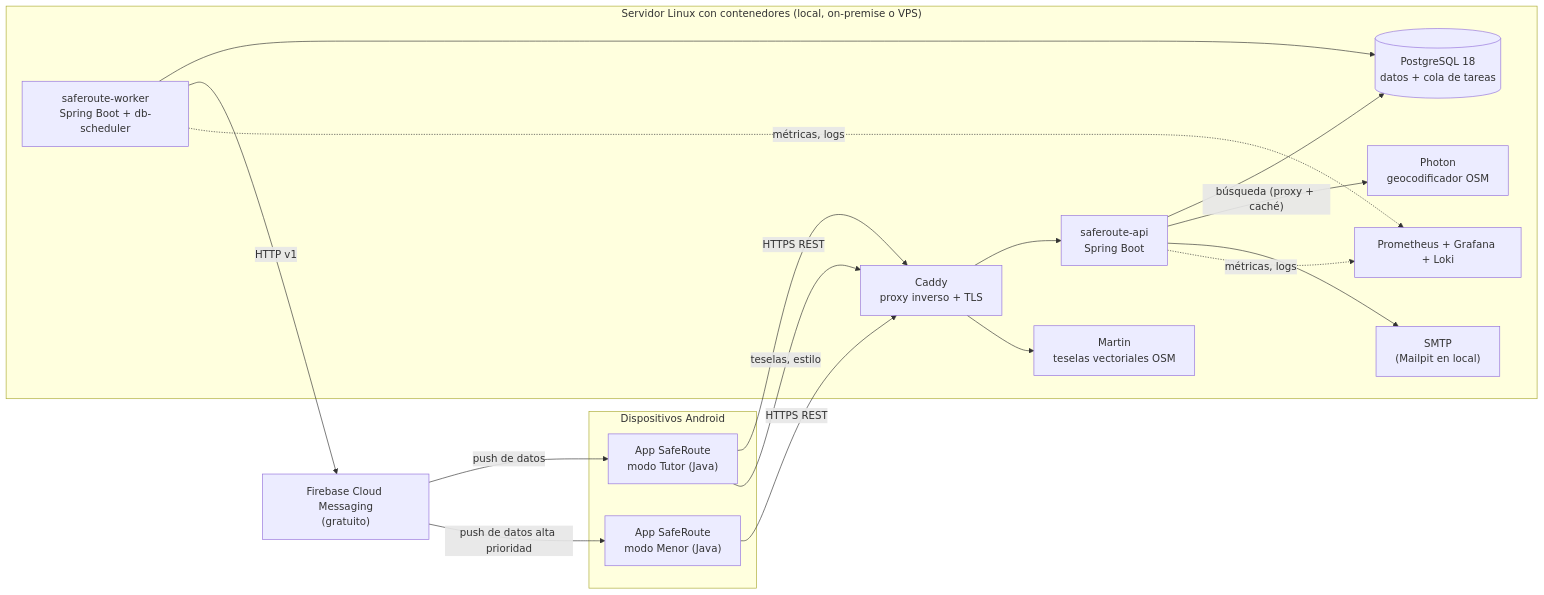
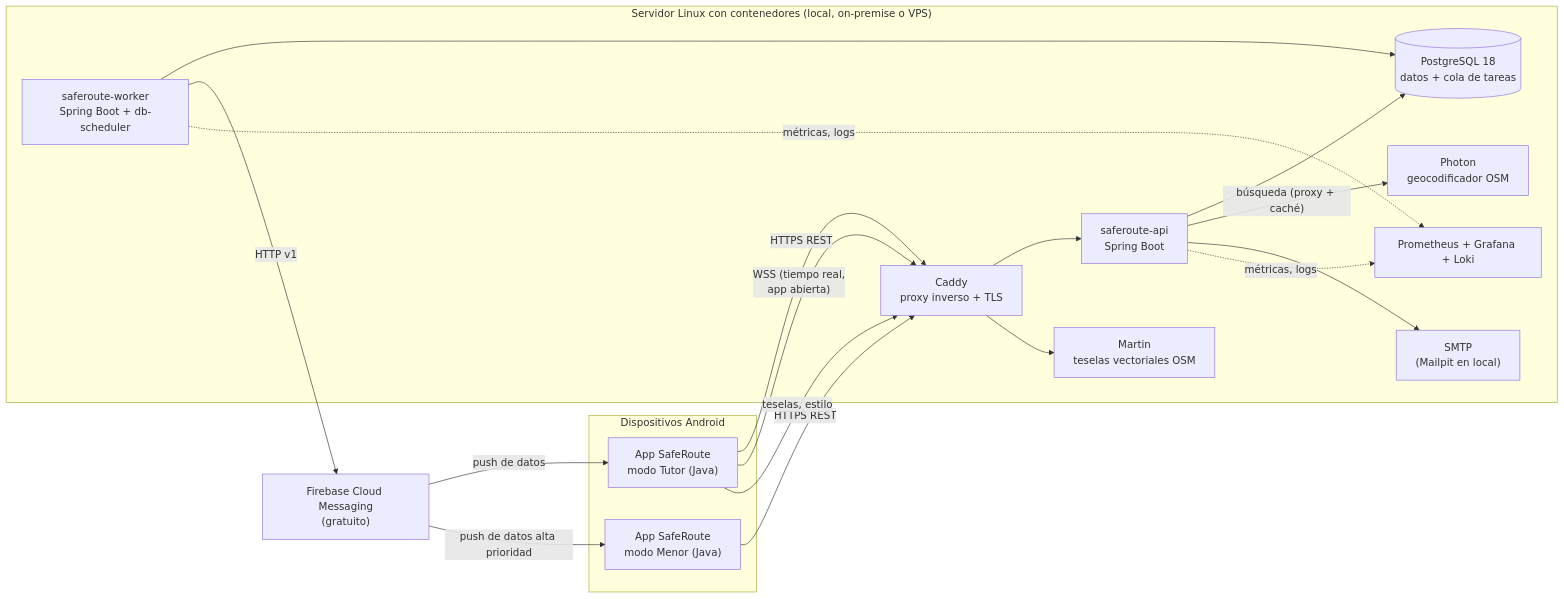
The first of 12 diagrams in docs/sdd/SDD-SafeRoute.md (darvysoriano/saferoute-app), drawn with Mermaid before and after one commit. The commit also changed other lines of this file and 5 other files, not shown here.

````diff
--- a/docs/sdd/SDD-SafeRoute.md
+++ b/docs/sdd/SDD-SafeRoute.md
@@ -87,35 +89,36 @@
 ```mermaid
 flowchart LR
     subgraph Moviles["Dispositivos Android"]
         TA["App SafeRoute<br/>modo Tutor (Java)"]
         MA["App SafeRoute<br/>modo Menor (Java)"]
     end
 
     subgraph Servidor["Servidor Linux con contenedores (local, on-premise o VPS)"]
         RP["Caddy<br/>proxy inverso + TLS"]
         API["saferoute-api<br/>Spring Boot"]
         WRK["saferoute-worker<br/>Spring Boot + db-scheduler"]
         DB[("PostgreSQL 18<br/>datos + cola de tareas")]
         TILES["Martin<br/>teselas vectoriales OSM"]
         GEO["Photon<br/>geocodificador OSM"]
         SMTP["SMTP<br/>(Mailpit en local)"]
         OBS["Prometheus + Grafana + Loki"]
     end
 
     FCM["Firebase Cloud Messaging<br/>(gratuito)"]
 
     TA -- "HTTPS REST" --> RP
+    TA -- "WSS (tiempo real,<br/>app abierta)" --> RP
     MA -- "HTTPS REST" --> RP
     TA -- "teselas, estilo" --> RP
     RP --> API
     RP --> TILES
     API --> DB
     API -- "búsqueda (proxy + caché)" --> GEO
     WRK --> DB
     WRK -- "HTTP v1" --> FCM
     API --> SMTP
     FCM -- "push de datos" --> TA
     FCM -- "push de datos alta prioridad" --> MA
     API -. "métricas, logs" .-> OBS
     WRK -. "métricas, logs" .-> OBS
 ```
````
